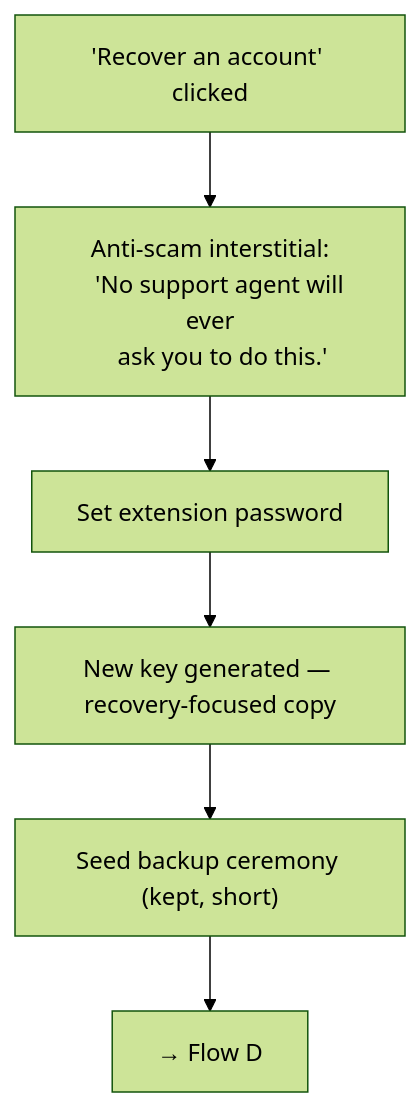
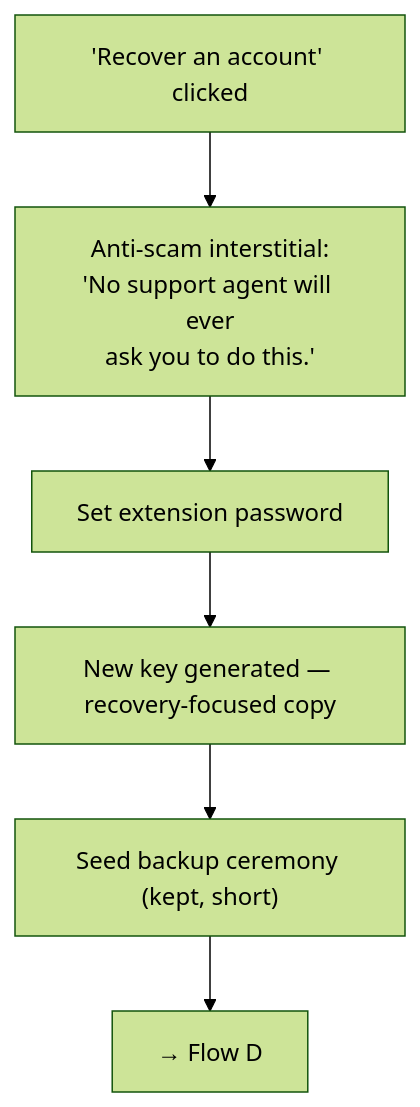
Before and after one commit to FiboAtWonder/kohaku-extension: the second of 10 diagrams in social-recovery-ux-flows.md, drawn with Mermaid (forest theme). The commit also changed other lines of this file, not shown here.

First line of the commit message:
docs: single-line mermaid labels + cross-flow click links

````diff
--- a/social-recovery-ux-flows.md
+++ b/social-recovery-ux-flows.md
@@ -49,10 +51,10 @@
 ```mermaid
 flowchart TD
-    A["'Recover an account' clicked"] --> S["Anti-scam interstitial:
-    'No support agent will ever
-    ask you to do this.'"]
+    A["'Recover an account' clicked"] --> S["Anti-scam interstitial:<br/>'No support agent will ever<br/>ask you to do this.'"]
     S --> B[Set extension password]
     B --> C["New key generated — recovery-focused copy"]
     C --> D["Seed backup ceremony (kept, short)"]
     D --> E[→ Flow D]
+
+    click E href "#flow-d--recover-an-account"
 ```
````
